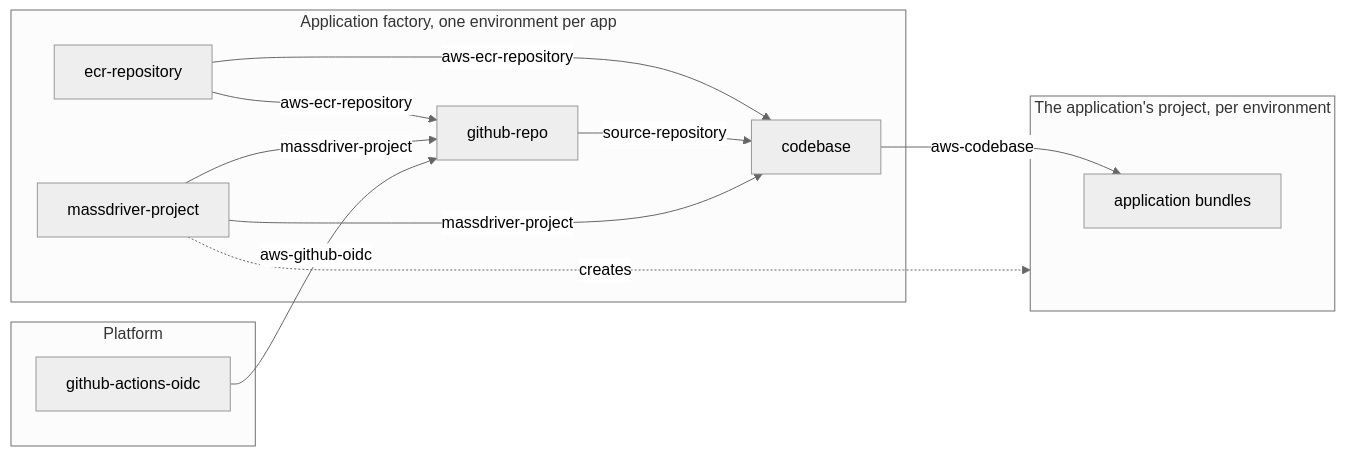
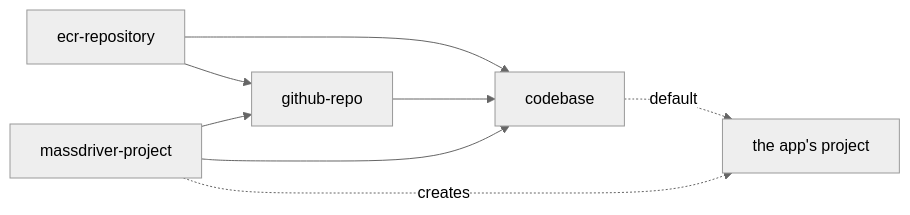
Before and after one commit to massdriver-catalogs/aws: the second of 2 diagrams in README.md, drawn with Mermaid (neutral theme). The commit also changed other lines of this file and 23 other files, not shown here.

Commit message:
Present the catalog as AWS for apps, with onboarding as one part of it

````diff
--- a/README.md
+++ b/README.md
@@ -136,19 +111,10 @@
 ```mermaid
 flowchart LR
-  subgraph Platform
-    OIDC[github-actions-oidc]
-  end
-  subgraph Factory[Application factory, one environment per app]
-    ECR[ecr-repository] -->|aws-ecr-repository| REPO[github-repo]
-    MDP[massdriver-project] -->|massdriver-project| REPO
-    ECR -->|aws-ecr-repository| CB[codebase]
-    REPO -->|source-repository| CB
-    MDP -->|massdriver-project| CB
-  end
-  subgraph App[The application's project, per environment]
-    FN[application bundles]
-  end
-  OIDC -->|aws-github-oidc| REPO
-  CB -->|aws-codebase| FN
+  ECR[ecr-repository] --> REPO[github-repo]
+  MDP[massdriver-project] --> REPO
+  ECR --> CB[codebase]
+  REPO --> CB
+  MDP --> CB
+  CB -. default .-> App[the app's project]
   MDP -. creates .-> App
 ```
````
